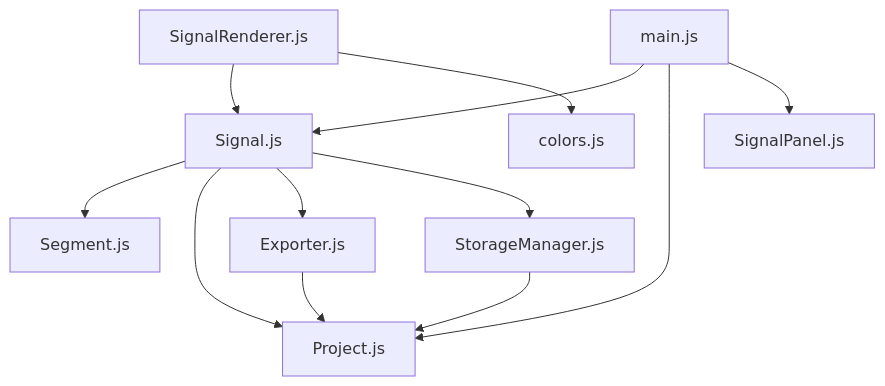
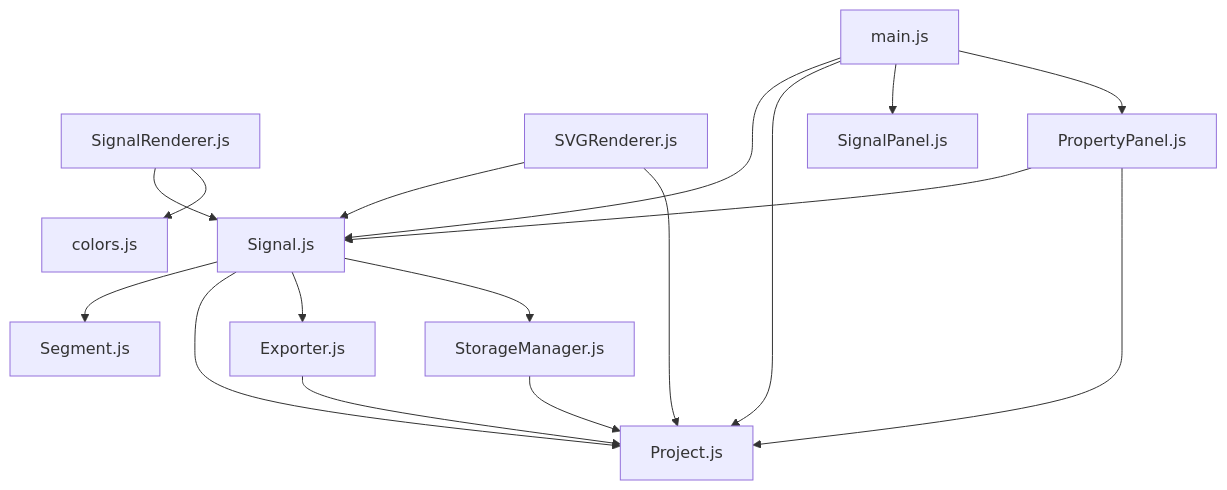
One commit to nht123456/waveform-editor changed the eighth of 8 diagrams in .qoder/repowiki/zh/content/数据模型系统/信号模型 (Signal).md. Above: the diagram before and after it, drawn with Mermaid. The commit also changed other lines of this file and 12 other files, not shown here.

````diff
--- a/.qoder/repowiki/zh/content/数据模型系统/信号模型 (Signal).md
+++ b/.qoder/repowiki/zh/content/数据模型系统/信号模型 (Signal).md
@@ -423,14 +477,19 @@
 ```mermaid
 graph TB
 Signal["Signal.js"] --> Segment["Segment.js"]
 Signal --> Project["Project.js"]
 Signal --> Exporter["Exporter.js"]
 Signal --> StorageManager["StorageManager.js"]
 SignalRenderer["SignalRenderer.js"] --> Signal
 SignalRenderer --> colors["colors.js"]
+SVGRenderer["SVGRenderer.js"] --> Signal
+SVGRenderer --> Project
+PropertyPanel["PropertyPanel.js"] --> Signal
+PropertyPanel --> Project
 main["main.js"] --> Signal
 main --> Project
 main --> SignalPanel["SignalPanel.js"]
+main --> PropertyPanel
 StorageManager --> Project
 Exporter --> Project
 ```
````
